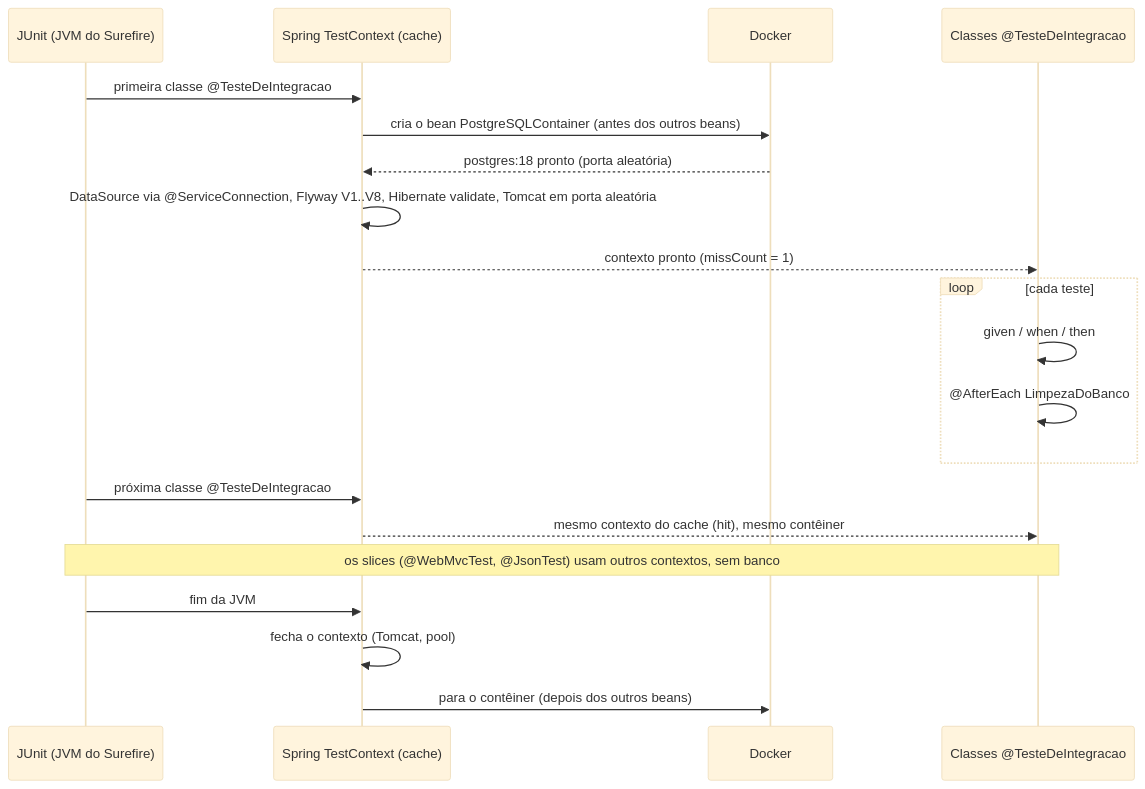
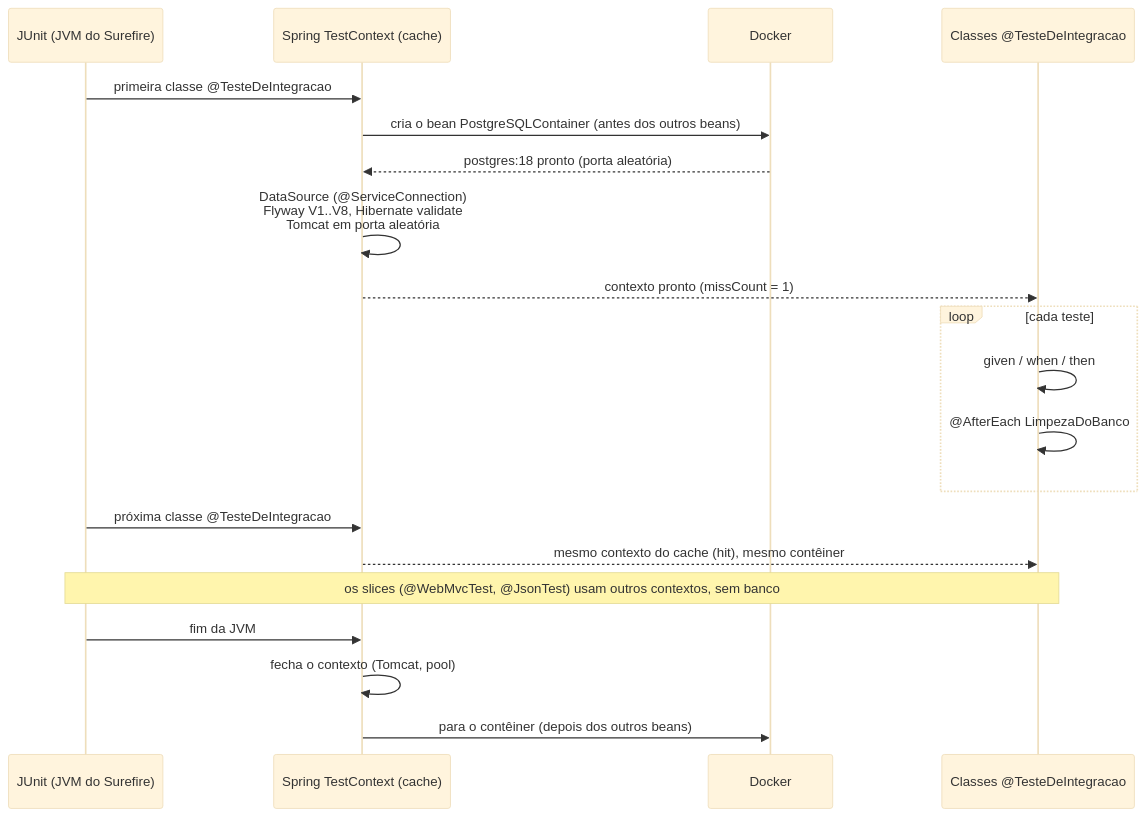
One commit to thiagodd/api-rest changed the diagram in src/content/05-testes-de-api/11-04-testes-de-integracao-com-springboottest-e-testcontainers.mdx. Above: the diagram before and after it, drawn with Mermaid (base theme). The commit also changed other lines of this file and 6 other files, not shown here.

Commit message:
Parte 5 revisada: diagramas de 11.03 e 11.04 ajustados, árvore de testes da 11.01 completa; páginas 11.01–11.05 prontas

````diff
--- a/src/content/05-testes-de-api/11-04-testes-de-integracao-com-springboottest-e-testcontainers.mdx
+++ b/src/content/05-testes-de-api/11-04-testes-de-integracao-com-springboottest-e-testcontainers.mdx
@@ -252,22 +252,22 @@
 ```mermaid title="Ciclo de vida: contêiner, contexto Spring e testes"
 sequenceDiagram
     participant J as JUnit (JVM do Surefire)
     participant S as Spring TestContext (cache)
     participant D as Docker
     participant T as Classes @TesteDeIntegracao
     J->>S: primeira classe @TesteDeIntegracao
     S->>D: cria o bean PostgreSQLContainer (antes dos outros beans)
     D-->>S: postgres:18 pronto (porta aleatória)
-    S->>S: DataSource via @ServiceConnection, Flyway V1..V8, Hibernate validate, Tomcat em porta aleatória
+    S->>S: DataSource (@ServiceConnection)<br/>Flyway V1..V8, Hibernate validate<br/>Tomcat em porta aleatória
     S-->>T: contexto pronto (missCount = 1)
     loop cada teste
         T->>T: given / when / then
         T->>T: @AfterEach LimpezaDoBanco
     end
     J->>S: próxima classe @TesteDeIntegracao
     S-->>T: mesmo contexto do cache (hit), mesmo contêiner
     Note over J,T: os slices (@WebMvcTest, @JsonTest) usam outros contextos, sem banco
     J->>S: fim da JVM
     S->>S: fecha o contexto (Tomcat, pool)
     S->>D: para o contêiner (depois dos outros beans)
 ```
````
